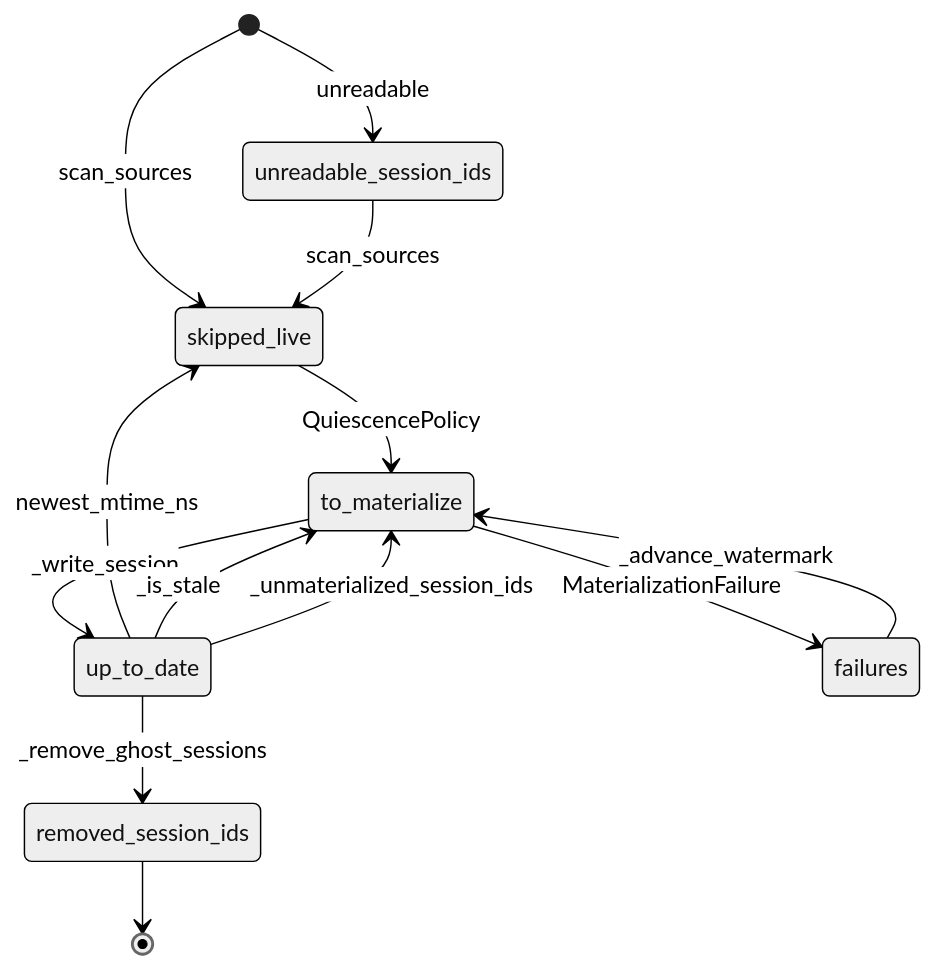
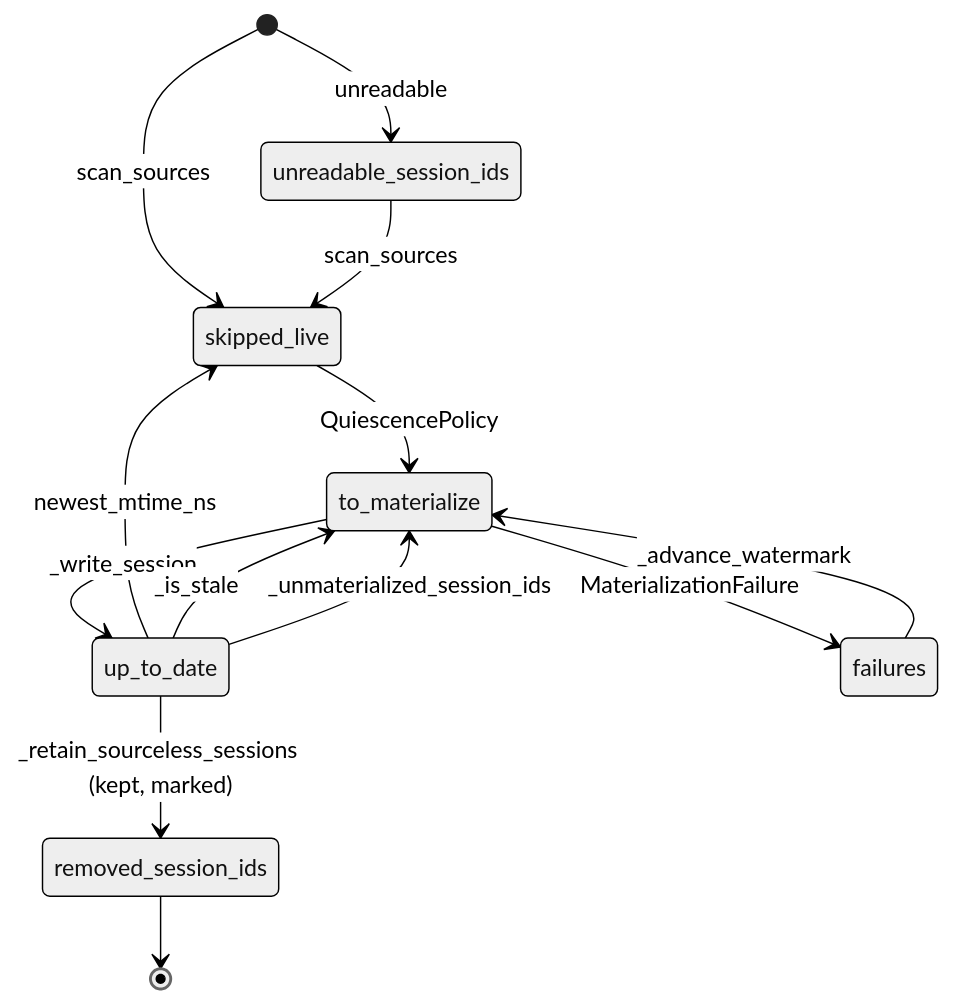
Before and after one commit to laithalsaadoon/atif-sql: the first of 3 diagrams in docs/behavior/state-machines.md, drawn with Mermaid (neutral theme). The commit also changed other lines of this file and 40 other files, not shown here.

First line of the commit message:
feat(corpus): keep every session, archive raw sources, re-convert on schema change (#17)

````diff
--- a/docs/behavior/state-machines.md
+++ b/docs/behavior/state-machines.md
@@ -25,15 +25,15 @@
 ```mermaid
 stateDiagram-v2
     [*] --> skipped_live: scan_sources
     [*] --> unreadable_session_ids: unreadable
     skipped_live --> to_materialize: QuiescencePolicy
     to_materialize --> up_to_date: _write_session
     to_materialize --> failures: MaterializationFailure
     failures --> to_materialize: _advance_watermark
     up_to_date --> skipped_live: newest_mtime_ns
     up_to_date --> to_materialize: _is_stale
     up_to_date --> to_materialize: _unmaterialized_session_ids
-    up_to_date --> removed_session_ids: _remove_ghost_sessions
+    up_to_date --> removed_session_ids: _retain_sourceless_sessions (kept, marked)
     unreadable_session_ids --> skipped_live: scan_sources
     removed_session_ids --> [*]
 ```
````
